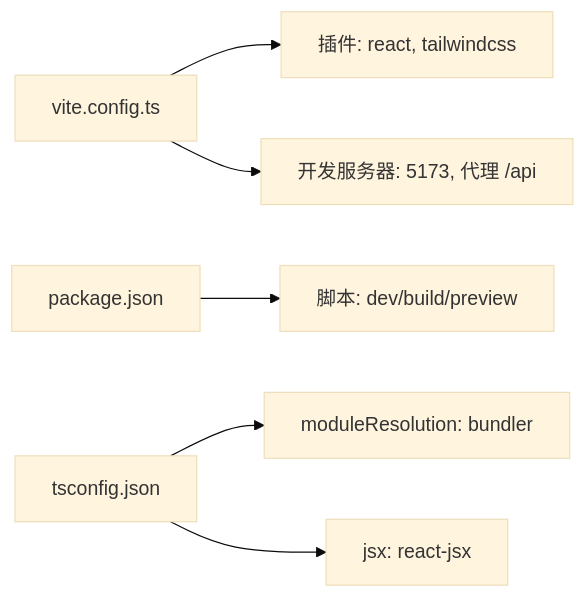
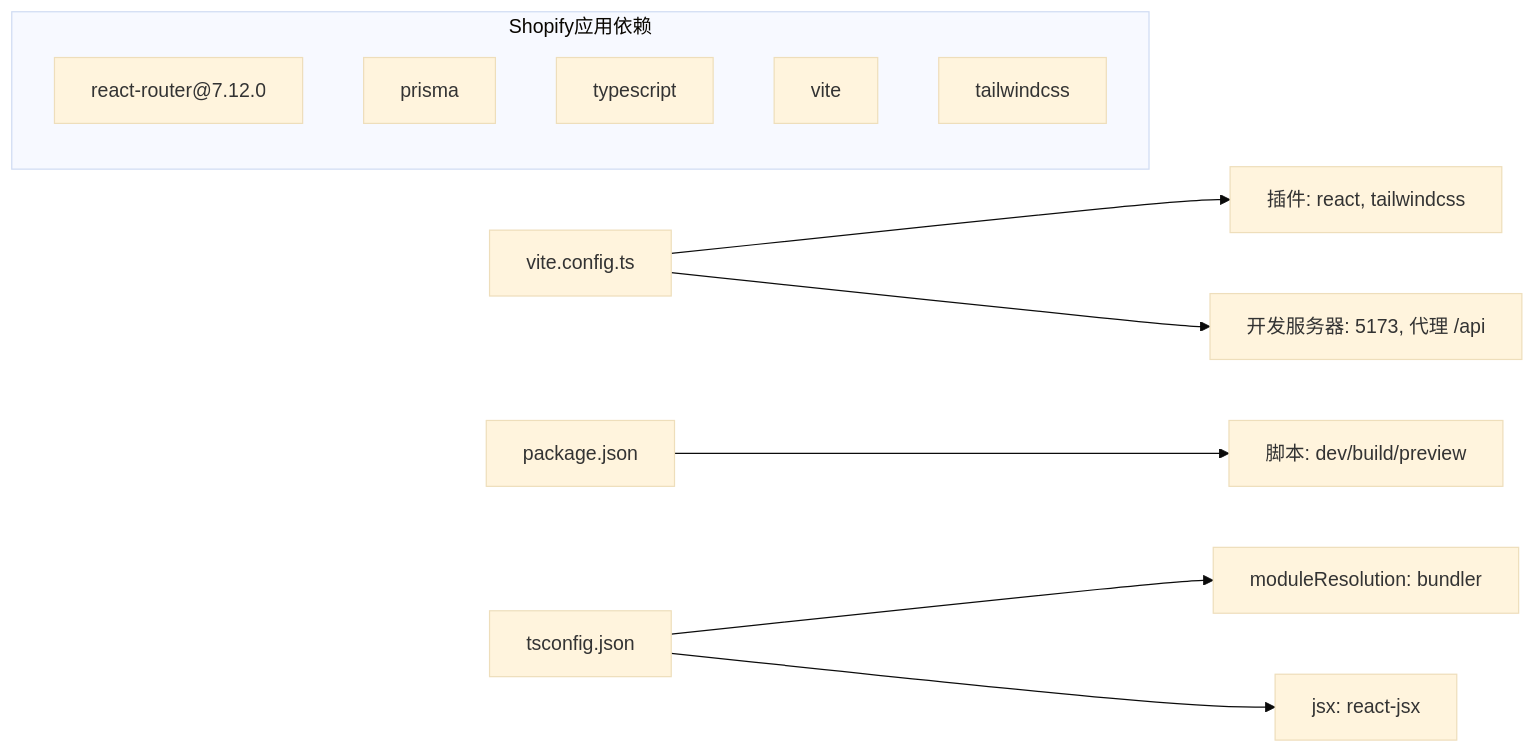
Before and after one commit to angledick/-: diagram 11 of 11 in .qoder/repowiki/zh/content/前端应用架构/React应用结构.md, drawn with Mermaid (base theme). The commit also changed other lines of this file and 9 other files, not shown here.

````diff
--- a/.qoder/repowiki/zh/content/前端应用架构/React应用结构.md
+++ b/.qoder/repowiki/zh/content/前端应用架构/React应用结构.md
@@ -371,8 +495,15 @@
 ```mermaid
 graph LR
 Vite["vite.config.ts"] --> Plugins["插件: react, tailwindcss"]
 Vite --> DevServer["开发服务器: 5173, 代理 /api"]
 Pkg["package.json"] --> Scripts["脚本: dev/build/preview"]
 TS["tsconfig.json"] --> Module["moduleResolution: bundler"]
 TS --> JSX["jsx: react-jsx"]
+subgraph "Shopify应用依赖"
+R7["react-router@7.12.0"]
+PR["prisma"]
+TS2["typescript"]
+VITE2["vite"]
+TAIL["tailwindcss"]
+end
 ```
````
